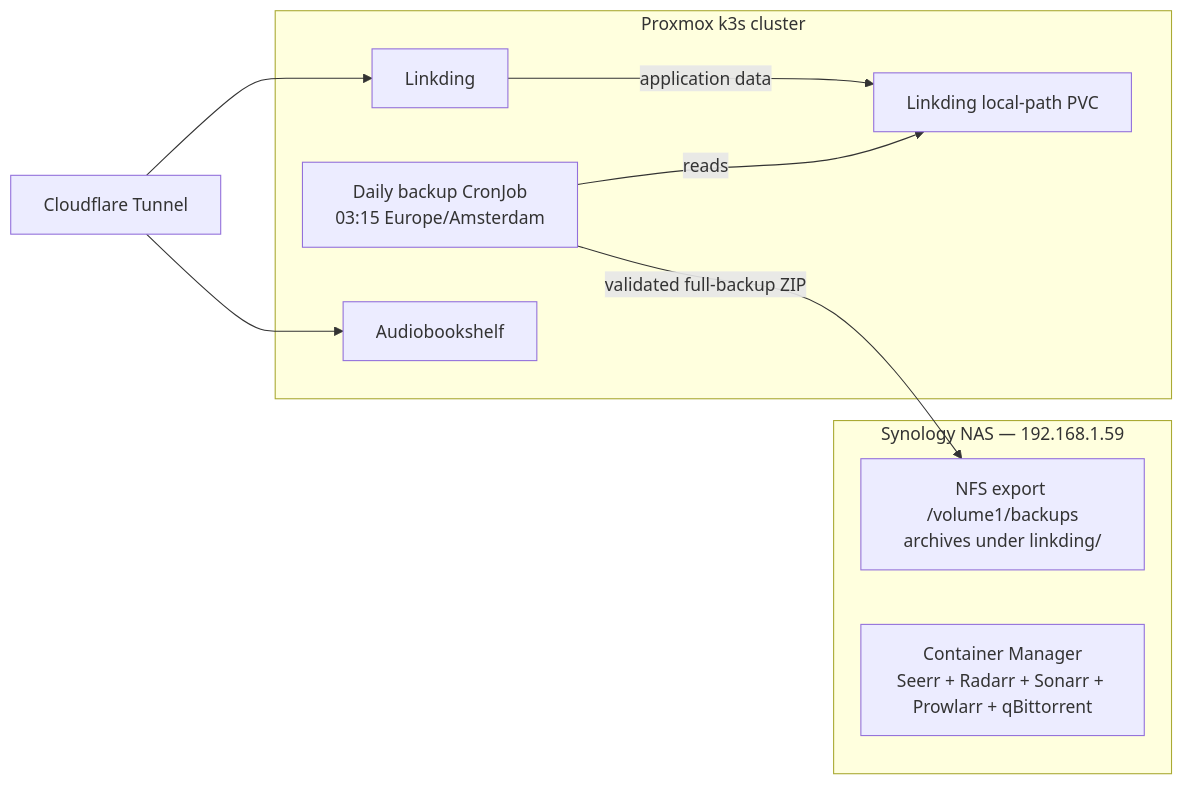
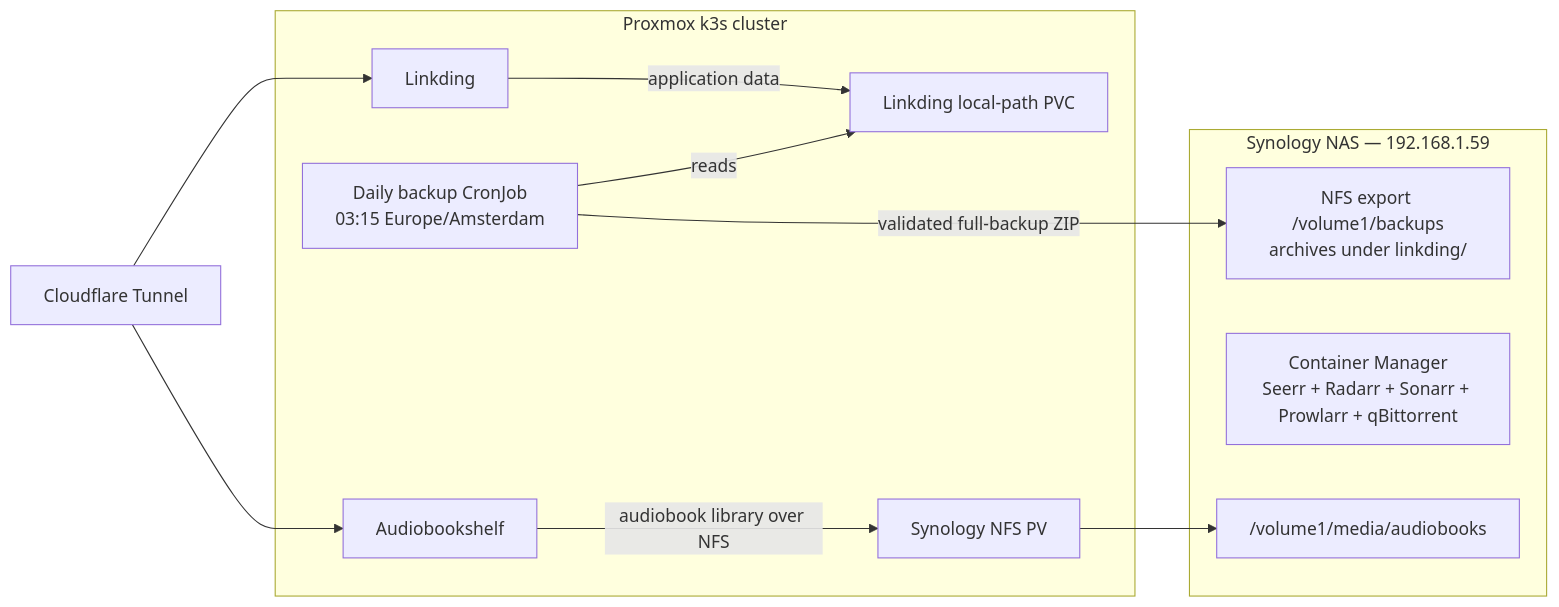
One commit to vitaly-guzun/raspberry-pi-cluster changed the second of 2 diagrams in README.md. Above: the diagram before and after it, drawn with Mermaid. The commit also changed other lines of this file and 3 other files, not shown here.

Commit message:
feat(audiobookshelf): store library on Synology NFS

````diff
--- a/README.md
+++ b/README.md
@@ -71,19 +71,21 @@
 ```mermaid
 flowchart LR
     Cloudflare["Cloudflare Tunnel"]
 
     subgraph K3s["Proxmox k3s cluster"]
         Linkding["Linkding"] -->|"application data"| LinkdingPVC["Linkding local-path PVC"]
         Backup["Daily backup CronJob<br/>03:15 Europe/Amsterdam"] -->|"reads"| LinkdingPVC
-        Audiobookshelf["Audiobookshelf"]
+        Audiobookshelf["Audiobookshelf"] -->|"audiobook library over NFS"| AudiobooksNFS["Synology NFS PV"]
     end
 
     subgraph NAS["Synology NAS — 192.168.1.59"]
         NFS["NFS export /volume1/backups<br/>archives under linkding/"]
         Media["Container Manager<br/>Seerr + Radarr + Sonarr + Prowlarr + qBittorrent"]
+        Audiobooks["/volume1/media/audiobooks"]
     end
 
     Cloudflare --> Linkding
     Cloudflare --> Audiobookshelf
     Backup -->|"validated full-backup ZIP"| NFS
+    AudiobooksNFS --> Audiobooks
 ```
````
